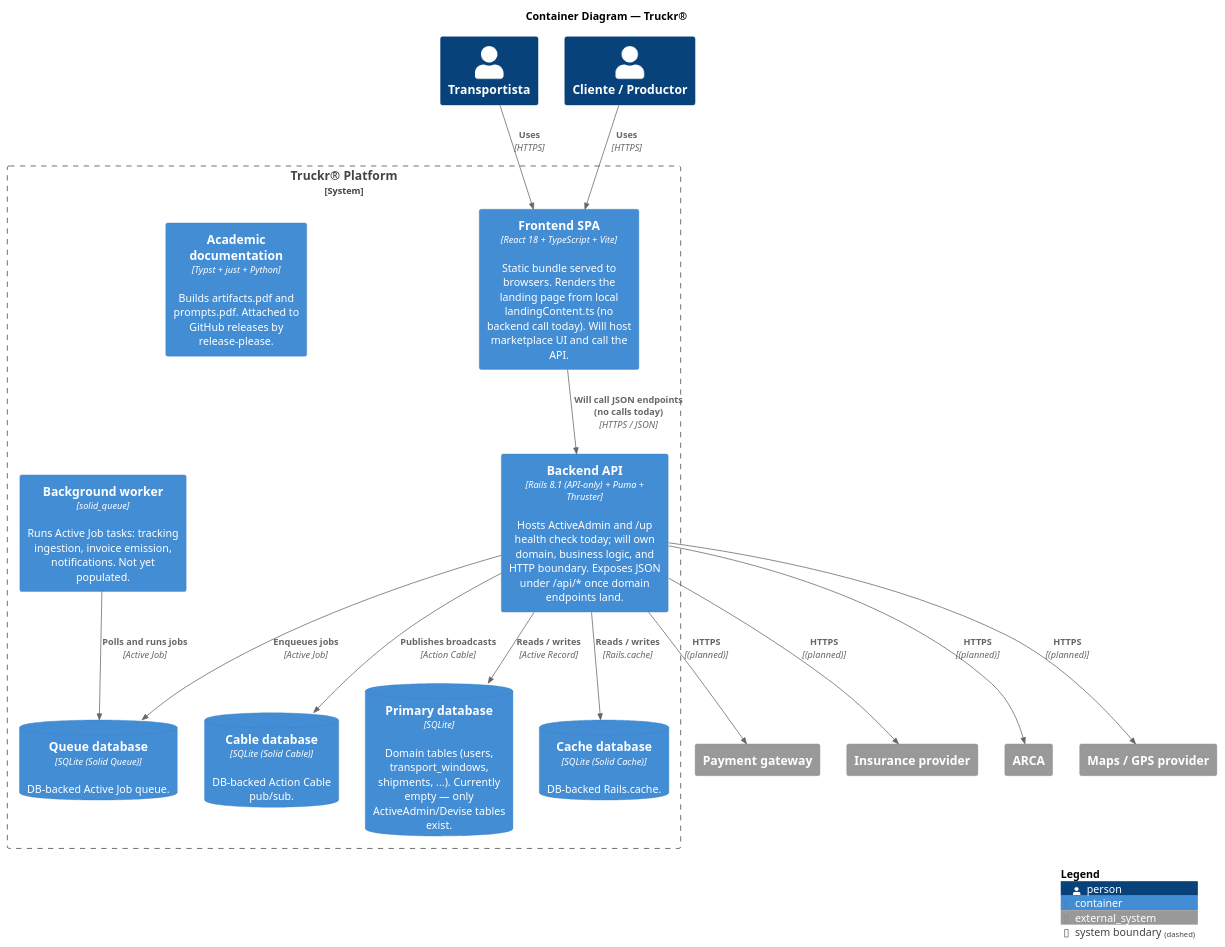
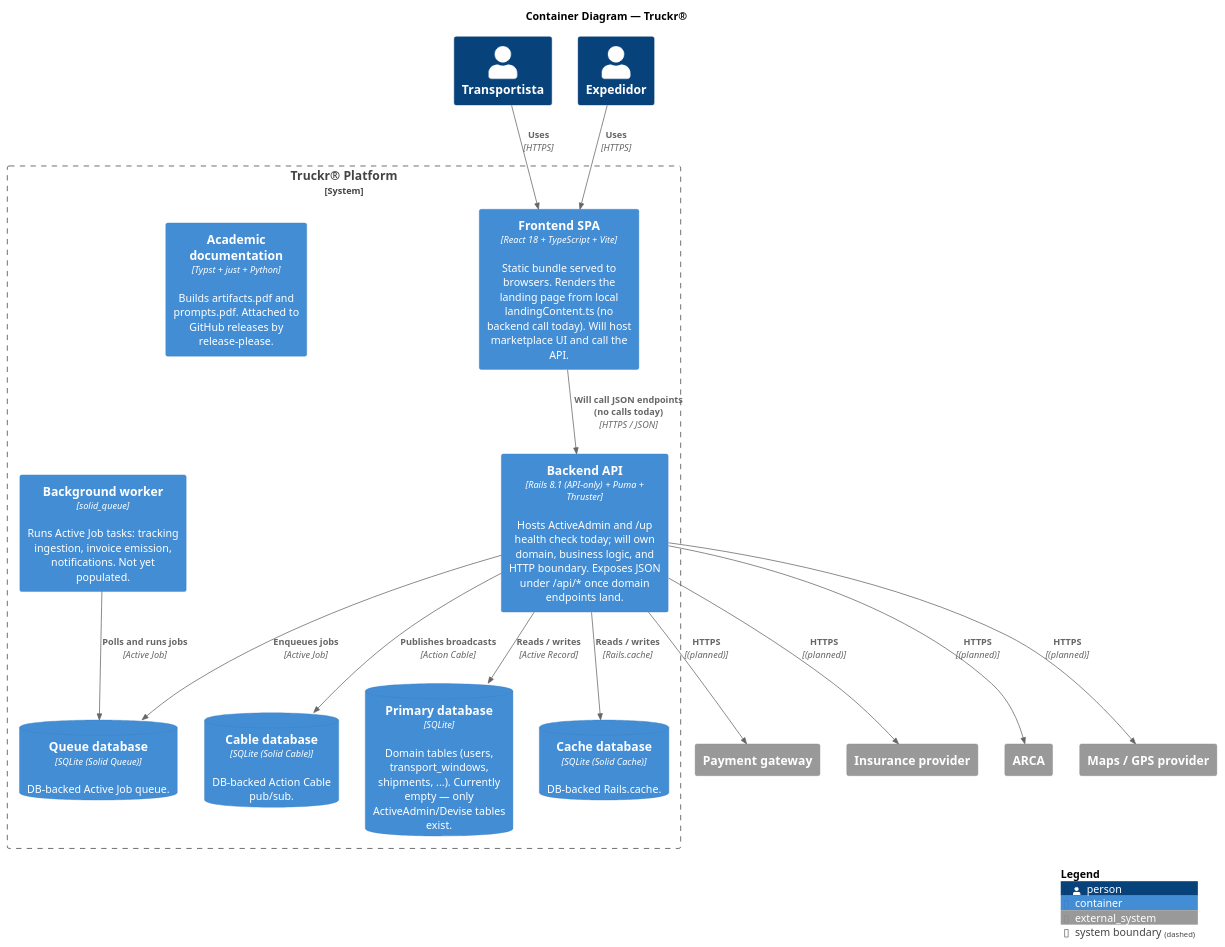
One commit to matias-ferrero/Truckr changed the diagram in docs/03-architecture-diagrams/c4-container.puml. Above: the diagram before and after it, drawn with PlantUML. The commit also changed 32 other files, not shown here.

```diff
--- a/docs/03-architecture-diagrams/c4-container.puml
+++ b/docs/03-architecture-diagrams/c4-container.puml
@@ -1,46 +1,46 @@
 @startuml c4-container
 !include <C4/C4_Container>
 
 title Container Diagram — Truckr®
 
 Person(transportista, "Transportista")
-Person(cliente, "Cliente / Productor")
+Person(expedidor, "Expedidor")
 
 System_Boundary(truckr, "Truckr® Platform") {
   Container(spa, "Frontend SPA", "React 18 + TypeScript + Vite", "Static bundle served to browsers. Renders the landing page from local landingContent.ts (no backend call today). Will host marketplace UI and call the API.")
 
   Container(api, "Backend API", "Rails 8.1 (API-only) + Puma + Thruster", "Hosts ActiveAdmin and /up health check today; will own domain, business logic, and HTTP boundary. Exposes JSON under /api/* once domain endpoints land.")
 
   ContainerDb(primary_db, "Primary database", "SQLite", "Domain tables (users, transport_windows, shipments, ...). Currently empty — only ActiveAdmin/Devise tables exist.")
   ContainerDb(cache_db, "Cache database", "SQLite (Solid Cache)", "DB-backed Rails.cache.")
   ContainerDb(queue_db, "Queue database", "SQLite (Solid Queue)", "DB-backed Active Job queue.")
   ContainerDb(cable_db, "Cable database", "SQLite (Solid Cable)", "DB-backed Action Cable pub/sub.")
 
   Container(worker, "Background worker", "solid_queue", "Runs Active Job tasks: tracking ingestion, invoice emission, notifications. Not yet populated.")
 
   Container(docs, "Academic documentation", "Typst + just + Python", "Builds artifacts.pdf and prompts.pdf. Attached to GitHub releases by release-please.")
 }
 
 System_Ext(payments, "Payment gateway")
 System_Ext(insurance, "Insurance provider")
 System_Ext(arca, "ARCA")
 System_Ext(maps, "Maps / GPS provider")
 
 Rel(transportista, spa, "Uses", "HTTPS")
-Rel(cliente, spa, "Uses", "HTTPS")
+Rel(expedidor, spa, "Uses", "HTTPS")
 
 Rel(spa, api, "Will call JSON endpoints (no calls today)", "HTTPS / JSON")
 
 Rel(api, primary_db, "Reads / writes", "Active Record")
 Rel(api, cache_db, "Reads / writes", "Rails.cache")
 Rel(api, queue_db, "Enqueues jobs", "Active Job")
 Rel(worker, queue_db, "Polls and runs jobs", "Active Job")
 Rel(api, cable_db, "Publishes broadcasts", "Action Cable")
 
 Rel(api, payments, "HTTPS", "(planned)")
 Rel(api, insurance, "HTTPS", "(planned)")
 Rel(api, arca, "HTTPS", "(planned)")
 Rel(api, maps, "HTTPS", "(planned)")
 
 SHOW_LEGEND()
 @enduml
```
